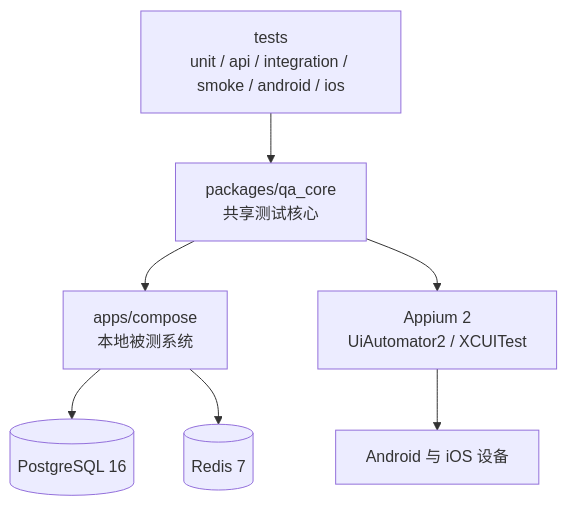
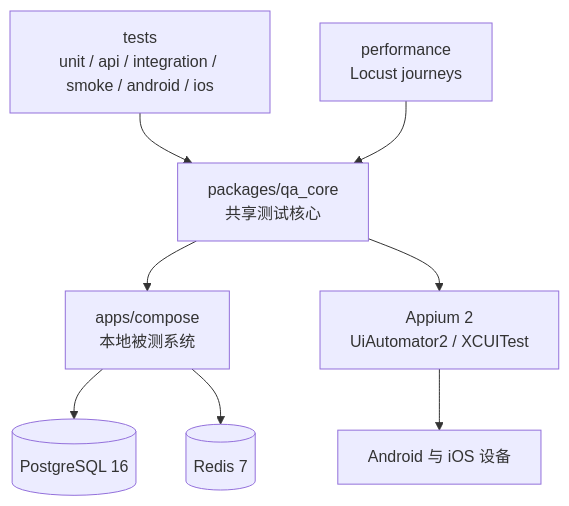
Before and after one commit to htb123-maker/quality-engineering-lab: the diagram in README.md, drawn with Mermaid. The commit also changed other lines of this file and 25 other files, not shown here.

````diff
--- a/README.md
+++ b/README.md
@@ -17,9 +17,10 @@
 ```mermaid
 flowchart TB
     T["tests<br/>unit / api / integration / smoke / android / ios"] --> C["packages/qa_core<br/>共享测试核心"]
+    P["performance<br/>Locust journeys"] --> C
     C --> S["apps/compose<br/>本地被测系统"]
     S --> PG[("PostgreSQL 16")]
     S --> RD[("Redis 7")]
     C --> D["Appium 2<br/>UiAutomator2 / XCUITest"]
     D --> DEV["Android 与 iOS 设备"]
 ```
````
